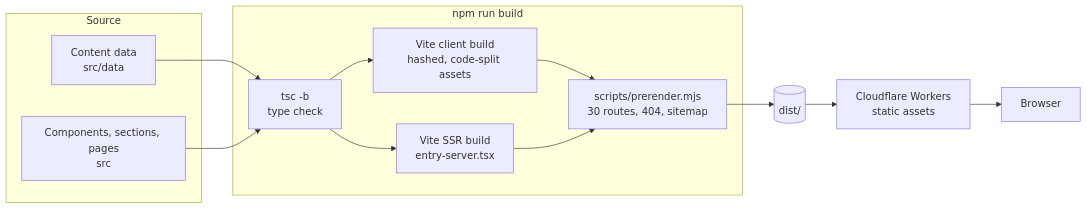
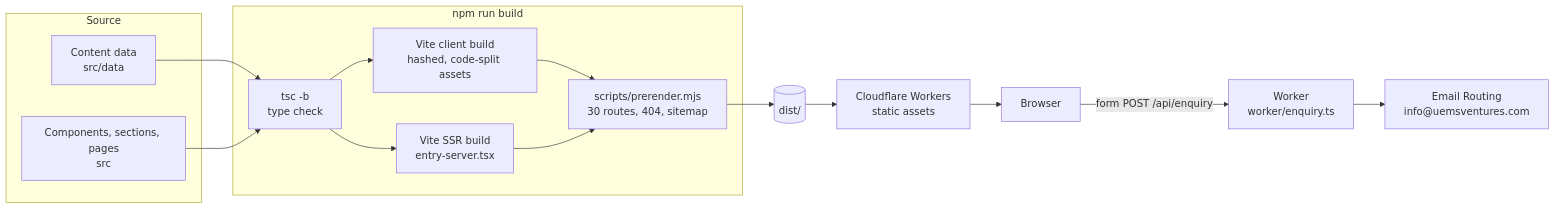
The first of 3 diagrams in README.md (spacesdrive/uems-agency), drawn with Mermaid before and after one commit. The commit also changed other lines of this file and 16 other files, not shown here.

First line of the commit message:
feat: email form submissions to UEMS through a Cloudflare Worker

````diff
--- a/README.md
+++ b/README.md
@@ -109,20 +109,22 @@
 ```mermaid
 flowchart LR
     subgraph Source
         D["Content data<br/>src/data"]
         C["Components, sections, pages<br/>src"]
     end
     subgraph Build["npm run build"]
         T["tsc -b<br/>type check"]
         V["Vite client build<br/>hashed, code-split assets"]
         S["Vite SSR build<br/>entry-server.tsx"]
         P["scripts/prerender.mjs<br/>30 routes, 404, sitemap"]
     end
     D --> T
     C --> T
     T --> V --> P
     T --> S --> P
     P --> O[("dist/")]
     O --> CF["Cloudflare Workers<br/>static assets"]
     CF --> B["Browser"]
+    B -- "form POST /api/enquiry" --> W["Worker<br/>worker/enquiry.ts"]
+    W --> M["Email Routing<br/>info@uemsventures.com"]
 ```
````
